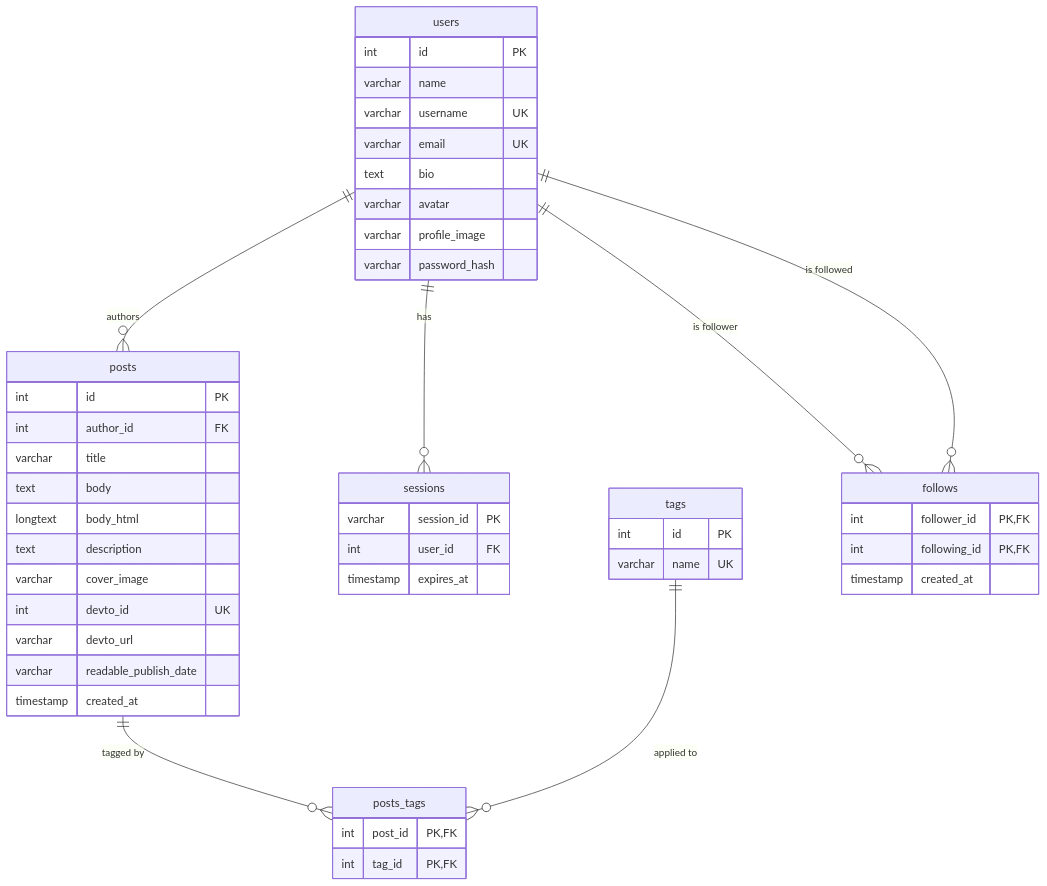
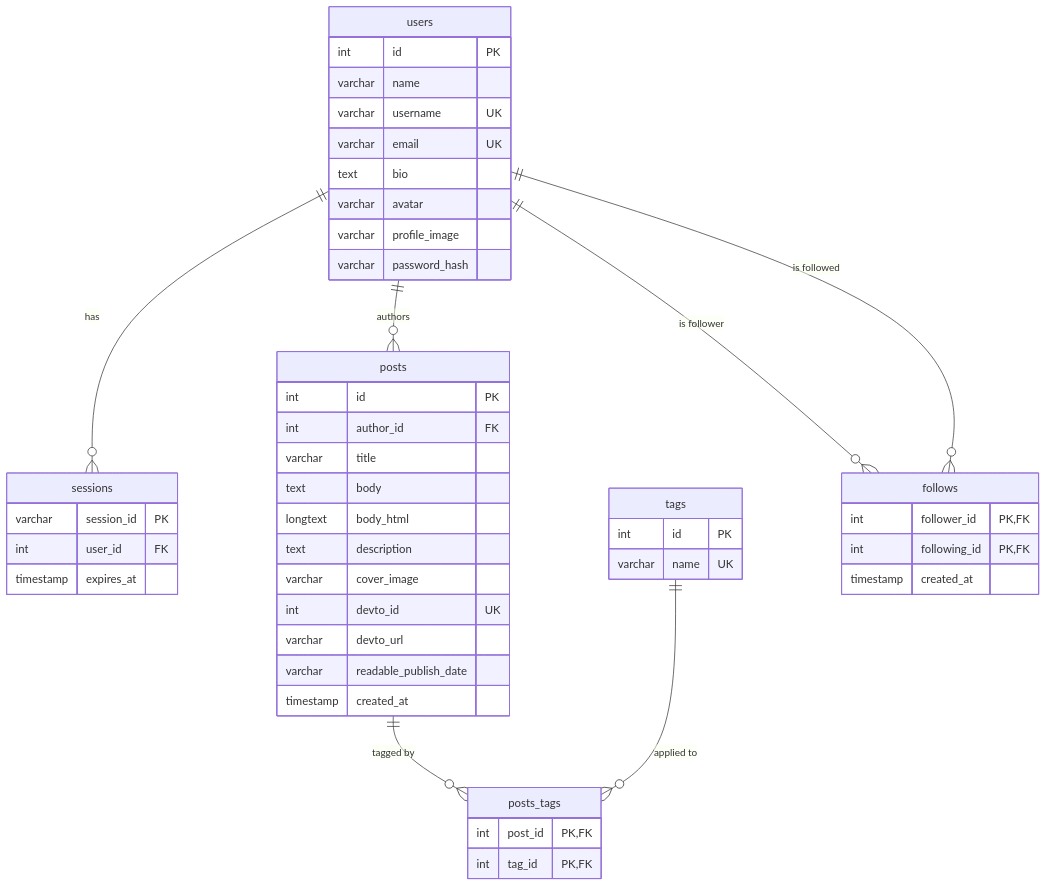
The diagram in docs/db-diagram.md (Nadav-Shalev/PulseNet), drawn with Mermaid before and after one commit. The commit also changed other lines of this file and 5 other files, not shown here.

First line of the commit message:
docs: generate the ERD (PNG and Mermaid) from schema.sql

````diff
--- a/docs/db-diagram.md
+++ b/docs/db-diagram.md
@@ -11,56 +11,56 @@
 ```mermaid
 erDiagram
-    users      ||--o{ posts      : "authors"
-    users      ||--o{ sessions   : "has"
-    posts      ||--o{ posts_tags : "tagged by"
-    tags       ||--o{ posts_tags : "applied to"
-    users      ||--o{ follows    : "is follower"
-    users      ||--o{ follows    : "is followed"
+    users ||--o{ sessions   : "has"
+    users ||--o{ posts      : "authors"
+    posts ||--o{ posts_tags : "tagged by"
+    tags  ||--o{ posts_tags : "applied to"
+    users ||--o{ follows    : "is follower"
+    users ||--o{ follows    : "is followed"
 
     users {
-        int      id PK
-        varchar  name
-        varchar  username UK
-        varchar  email UK
-        text     bio
-        varchar  avatar
-        varchar  profile_image
-        varchar  password_hash
+        int     id            PK
+        varchar name
+        varchar username      UK
+        varchar email         UK
+        text    bio
+        varchar avatar
+        varchar profile_image
+        varchar password_hash
     }
 
     sessions {
         varchar   session_id PK
-        int       user_id FK
+        int       user_id    FK
         timestamp expires_at
     }
 
     posts {
-        int       id PK
-        int       author_id FK
+        int       id                    PK
+        int       author_id             FK
         varchar   title
         text      body
         longtext  body_html
         text      description
         varchar   cover_image
-        int       devto_id UK
+        int       devto_id              UK
         varchar   devto_url
         varchar   readable_publish_date
         timestamp created_at
     }
 
     tags {
-        int     id PK
+        int     id   PK
         varchar name UK
     }
 
     posts_tags {
         int post_id PK, FK
-        int tag_id PK, FK
+        int tag_id  PK, FK
     }
 
     follows {
-        int       follower_id PK, FK
+        int       follower_id  PK, FK
         int       following_id PK, FK
         timestamp created_at
     }
 ```
````
